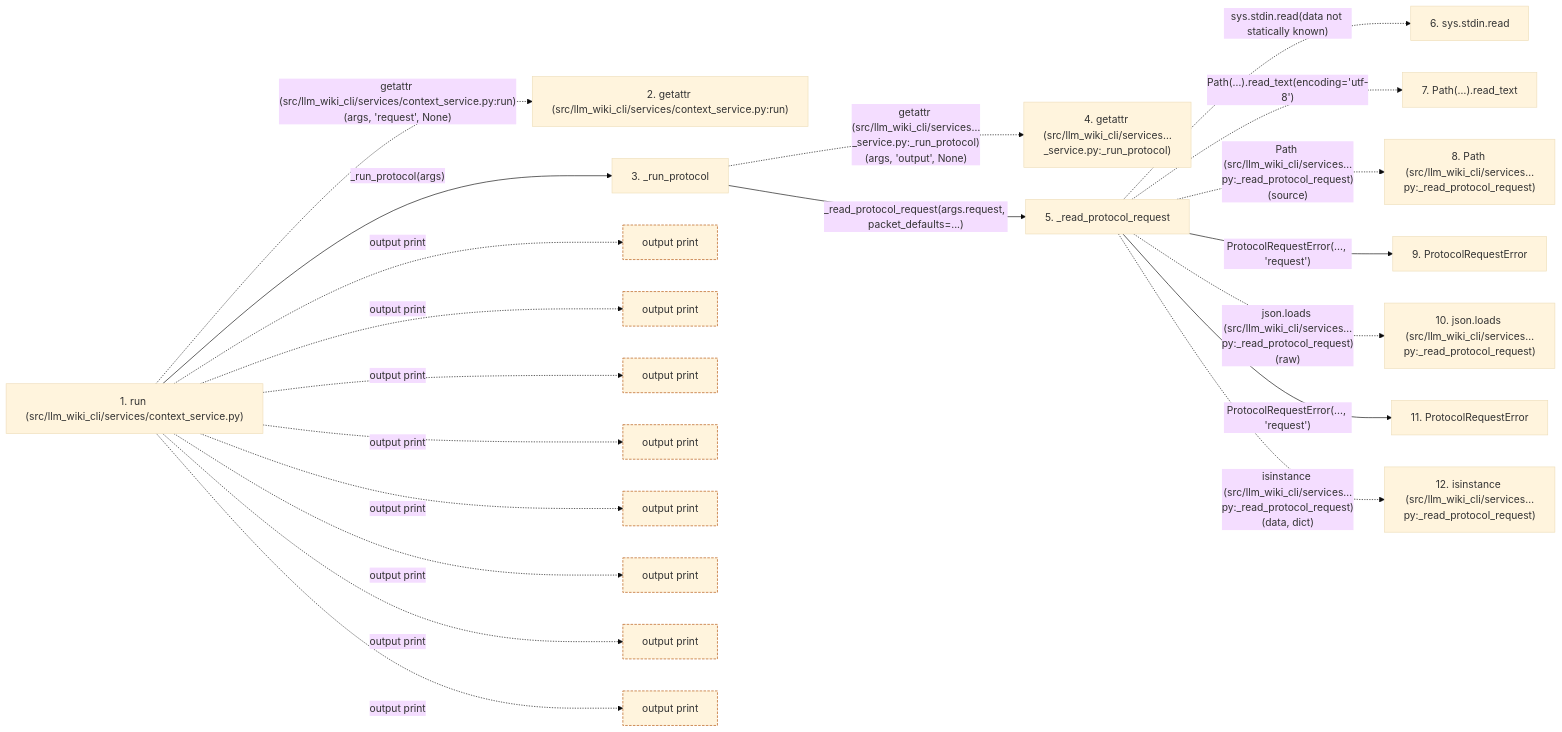
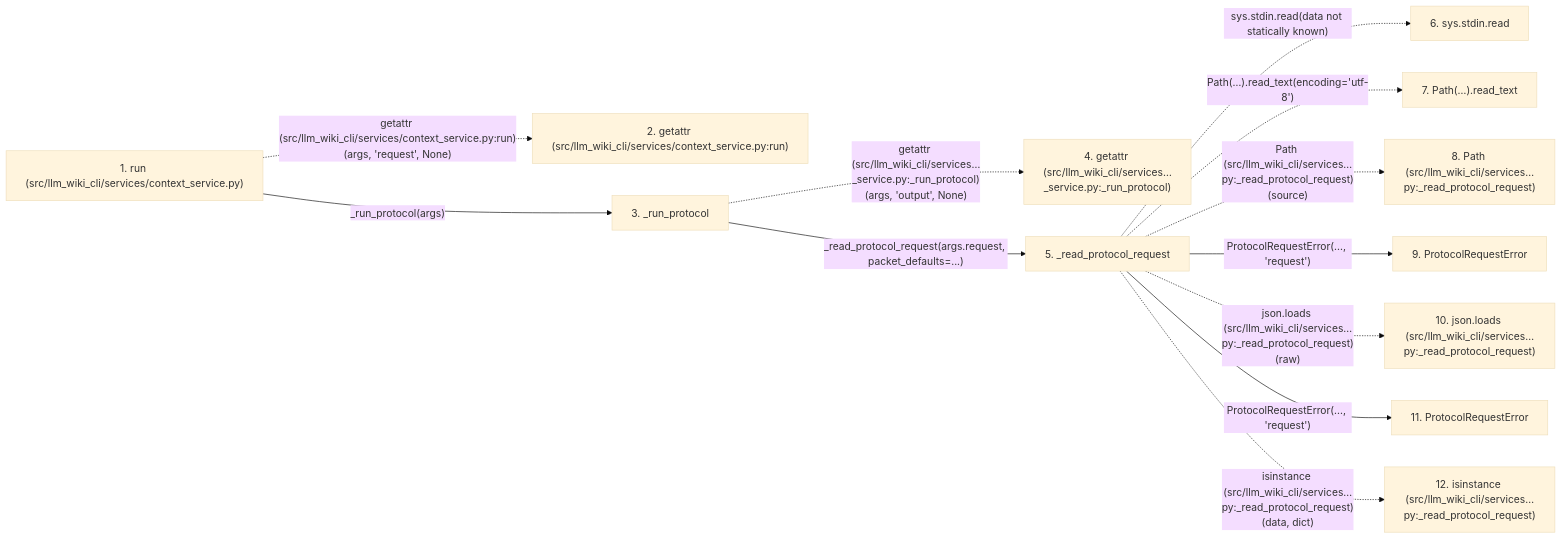
Before and after one commit to Denissvgn/python-wiki-llm: the second of 2 diagrams in docs/llm_wiki/flows/cli-context.md, drawn with Mermaid (base theme). The commit also changed other lines of this file and 1555 other files, not shown here.

````diff
--- a/docs/llm_wiki/flows/cli-context.md
+++ b/docs/llm_wiki/flows/cli-context.md
@@ -173,56 +178,31 @@
 ```mermaid
 flowchart LR
     s1["1. run (src/llm_wiki_cli/services/context_service.py)"]
     s2["2. getattr (src/llm_wiki_cli/services/context_service.py:run)"]
     s3["3. _run_protocol"]
     s4["4. getattr (src/llm_wiki_cli/services…_service.py:_run_protocol)"]
     s5["5. _read_protocol_request"]
     s6["6. sys.stdin.read"]
     s7["7. Path(…).read_text"]
     s8["8. Path (src/llm_wiki_cli/services…py:_read_protocol_request)"]
     s9["9. ProtocolRequestError"]
     s10["10. json.loads (src/llm_wiki_cli/services…py:_read_protocol_request)"]
     s11["11. ProtocolRequestError"]
     s12["12. isinstance (src/llm_wiki_cli/services…py:_read_protocol_request)"]
     s1 -. "getattr (src/llm_wiki_cli/services/context_service.py:run)(args, 'request', None)" .-> s2
     s1 -->|"_run_protocol(args)"| s3
     s3 -. "getattr (src/llm_wiki_cli/services…_service.py:_run_protocol)(args, 'output', None)" .-> s4
     s3 -->|"_read_protocol_request(args.request, packet_defaults=...)"| s5
     s5 -. "sys.stdin.read(data not statically known)" .-> s6
     s5 -. "Path(…).read_text(encoding='utf-8')" .-> s7
     s5 -. "Path (src/llm_wiki_cli/services…py:_read_protocol_request)(source)" .-> s8
     s5 -->|"ProtocolRequestError(..., 'request')"| s9
     s5 -. "json.loads (src/llm_wiki_cli/services…py:_read_protocol_request)(raw)" .-> s10
     s5 -->|"ProtocolRequestError(..., 'request')"| s11
     s5 -. "isinstance (src/llm_wiki_cli/services…py:_read_protocol_request)(data, dict)" .-> s12
-    b0["output print"]
-    s1 -. "output print" .-> b0
-    b1["output print"]
-    s1 -. "output print" .-> b1
-    b2["output print"]
-    s1 -. "output print" .-> b2
-    b3["output print"]
-    s1 -. "output print" .-> b3
-    b4["output print"]
-    s1 -. "output print" .-> b4
-    b5["output print"]
-    s1 -. "output print" .-> b5
-    b6["output print"]
-    s1 -. "output print" .-> b6
-    b7["output print"]
-    s1 -. "output print" .-> b7
     click s1 "../modules/context_service.md"
     click s3 "../modules/context_service.md"
     click s5 "../modules/context_service.md"
-    click s9 "../modules/context_service.md"
-    click s11 "../modules/context_service.md"
-    classDef boundary stroke:#b45309,stroke-dasharray: 4 2
-    class b0 boundary
-    class b1 boundary
-    class b2 boundary
-    class b3 boundary
-    class b4 boundary
-    class b5 boundary
-    class b6 boundary
-    class b7 boundary
+    click s9 "../modules/context_request_format.md"
+    click s11 "../modules/context_request_format.md"
 ```
````
